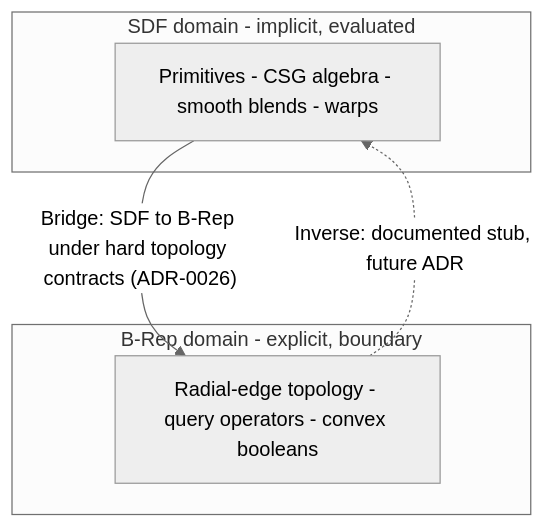
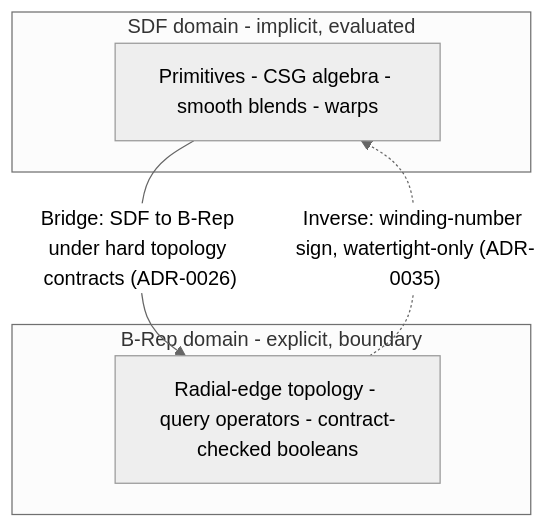
Before and after one commit to MarioW98/CAD_zero-site: the third of 4 diagrams in src/content/docs/handbook/foundations/why-dual-representation.md, drawn with Mermaid (neutral theme). The commit also changed other lines of this file and 18 other files, not shown here.

````diff
--- a/src/content/docs/handbook/foundations/why-dual-representation.md
+++ b/src/content/docs/handbook/foundations/why-dual-representation.md
@@ -89,11 +89,11 @@
 ```mermaid
 flowchart TB
     subgraph implicit["SDF domain - implicit, evaluated"]
         sdfops["Primitives - CSG algebra - smooth blends - warps"]
     end
     subgraph explicit["B-Rep domain - explicit, boundary"]
-        brepops["Radial-edge topology - query operators - convex booleans"]
+        brepops["Radial-edge topology - query operators - contract-checked booleans"]
     end
     sdfops -- "Bridge: SDF to B-Rep under hard topology contracts (ADR-0026)" --> brepops
-    brepops -. "Inverse: documented stub, future ADR" .-> sdfops
+    brepops -. "Inverse: winding-number sign, watertight-only (ADR-0035)" .-> sdfops
 ```
````
